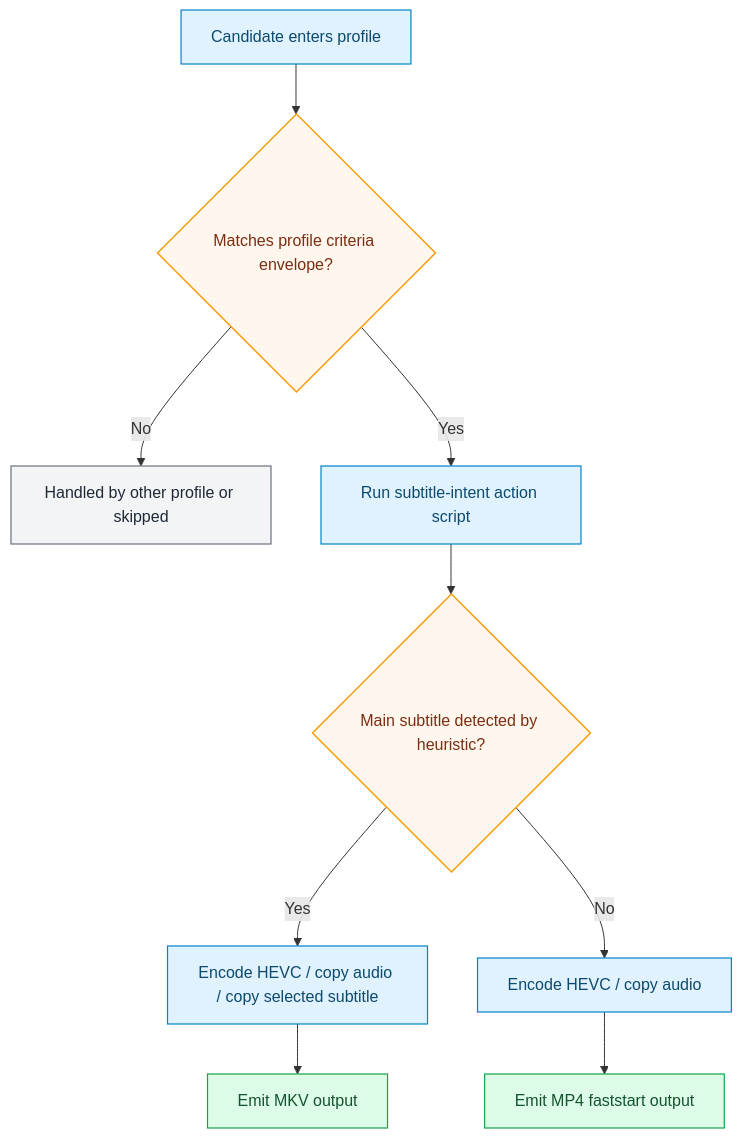
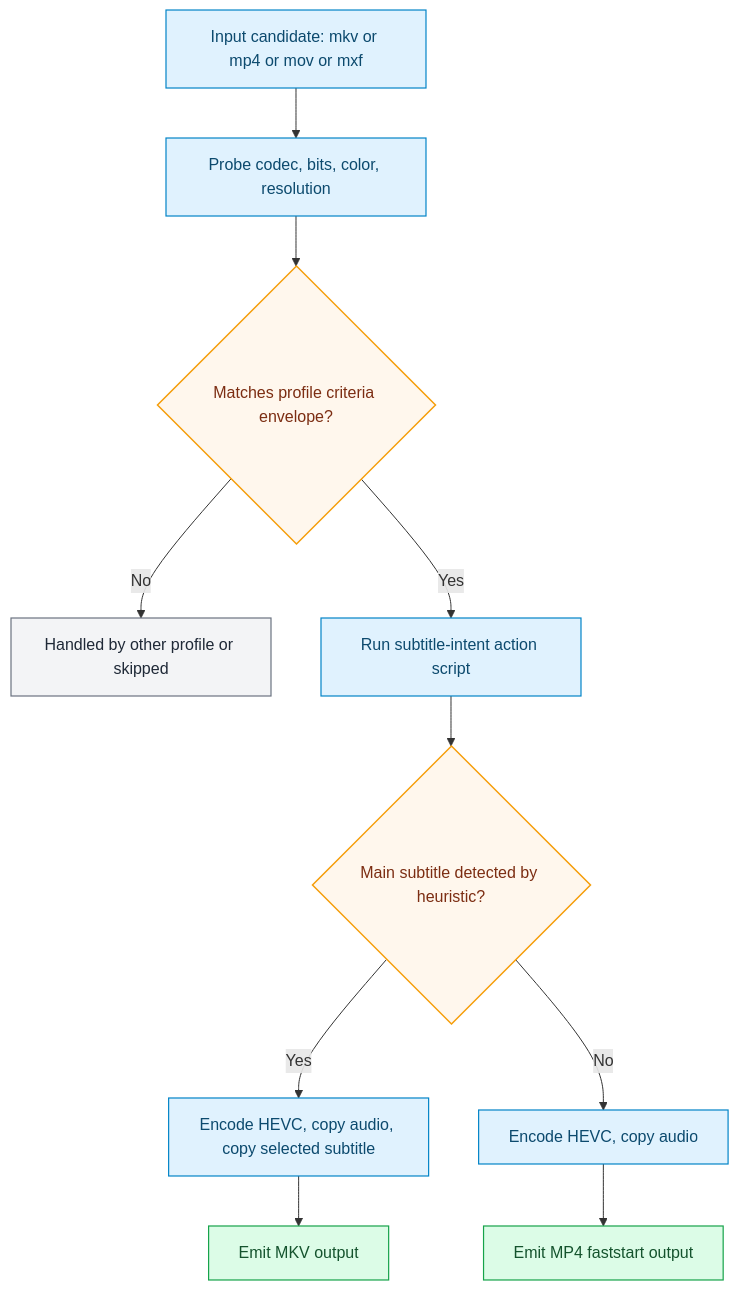
The diagram in platform/docs-site/docs/profiles/generated/netflixy-preserve-audio-main-subtitle-intent-1080p.md (CraigWatt/vfo), drawn with Mermaid before and after one commit. The commit also changed other lines of this file and 15 other files, not shown here.

Commit message:
docs: expand profile sheets and fix engine view diagram

````diff
--- a/platform/docs-site/docs/profiles/generated/netflixy-preserve-audio-main-subtitle-intent-1080p.md
+++ b/platform/docs-site/docs/profiles/generated/netflixy-preserve-audio-main-subtitle-intent-1080p.md
@@ -41,16 +52,17 @@
 ```mermaid
 flowchart TD
   classDef gate fill:#fff7ed,stroke:#f59e0b,color:#7c2d12,stroke-width:1.5px;
   classDef stage fill:#e0f2fe,stroke:#0284c7,color:#0c4a6e,stroke-width:1.2px;
   classDef output fill:#dcfce7,stroke:#16a34a,color:#14532d,stroke-width:1.2px;
   classDef skip fill:#f3f4f6,stroke:#6b7280,color:#1f2937,stroke-width:1.2px;
 
-  A[Candidate enters profile]:::stage --> B{Matches profile criteria envelope?}:::gate
-  B -->|No| Z[Handled by other profile or skipped]:::skip
-  B -->|Yes| C[Run subtitle-intent action script]:::stage
-  C --> D{Main subtitle detected by heuristic?}:::gate
-  D -->|Yes| E[Encode HEVC / copy audio / copy selected subtitle]:::stage
-  E --> F[Emit MKV output]:::output
-  D -->|No| G[Encode HEVC / copy audio]:::stage
-  G --> H[Emit MP4 faststart output]:::output
+  A[Input candidate: mkv or mp4 or mov or mxf]:::stage --> B[Probe codec, bits, color, resolution]:::stage
+  B --> C{Matches profile criteria envelope?}:::gate
+  C -->|No| Z[Handled by other profile or skipped]:::skip
+  C -->|Yes| D[Run subtitle-intent action script]:::stage
+  D --> E{Main subtitle detected by heuristic?}:::gate
+  E -->|Yes| F[Encode HEVC, copy audio, copy selected subtitle]:::stage
+  F --> G[Emit MKV output]:::output
+  E -->|No| H[Encode HEVC, copy audio]:::stage
+  H --> I[Emit MP4 faststart output]:::output
 ```
````
